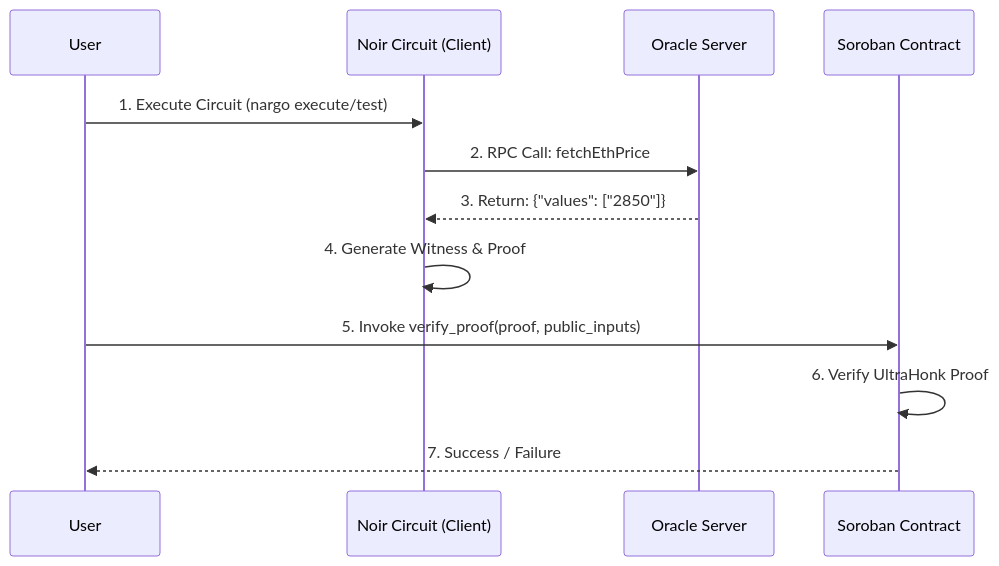
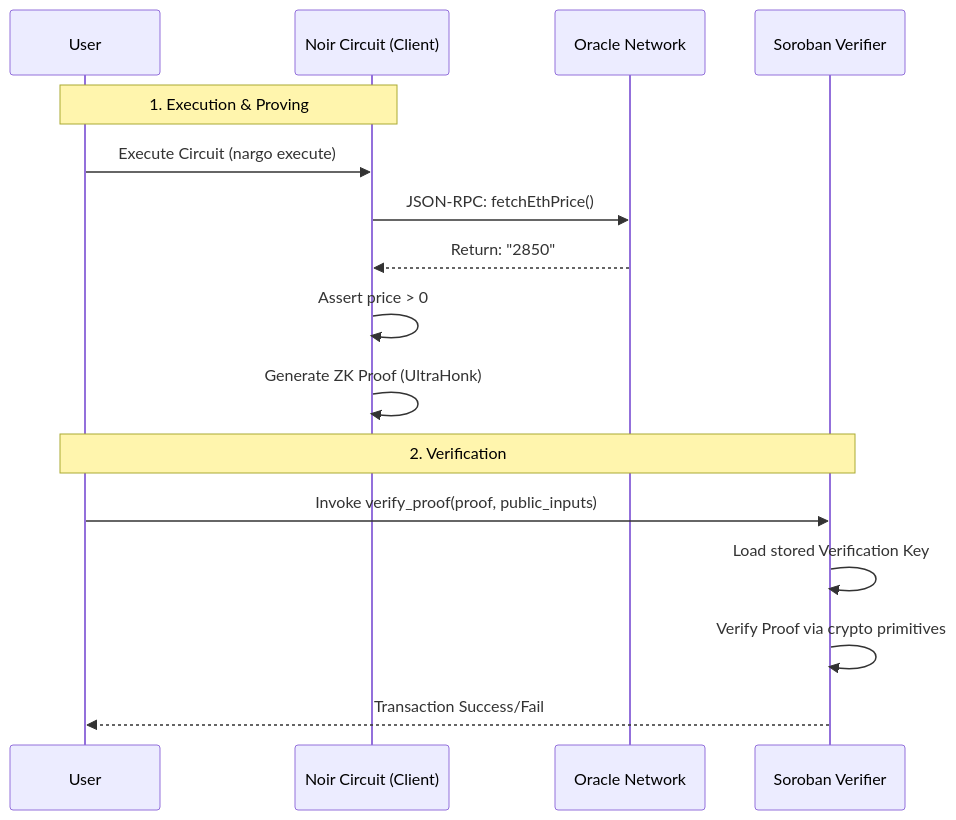
Before and after one commit to danielfsha/noir-stellar-app: the diagram in README.md, drawn with Mermaid. The commit also changed other lines of this file, not shown here.

````diff
--- a/README.md
+++ b/README.md
@@ -9,15 +9,20 @@
 ```mermaid
 sequenceDiagram
     participant User
     participant Noir as Noir Circuit (Client)
-    participant Oracle as Oracle Server
-    participant Stellar as Soroban Contract
+    participant Oracle as Oracle Network
+    participant Stellar as Soroban Verifier
 
-    User->>Noir: 1. Execute Circuit (nargo execute/test)
-    Noir->>Oracle: 2. RPC Call: fetchEthPrice
-    Oracle-->>Noir: 3. Return: {"values": ["2850"]}
-    Noir->>Noir: 4. Generate Witness & Proof
-    User->>Stellar: 5. Invoke verify_proof(proof, public_inputs)
-    Stellar->>Stellar: 6. Verify UltraHonk Proof
-    Stellar-->>User: 7. Success / Failure
+    Note over User, Noir: 1. Execution & Proving
+    User->>Noir: Execute Circuit (nargo execute)
+    Noir->>Oracle: JSON-RPC: fetchEthPrice()
+    Oracle-->>Noir: Return: "2850"
+    Noir->>Noir: Assert price > 0
+    Noir->>Noir: Generate ZK Proof (UltraHonk)
+
+    Note over User, Stellar: 2. Verification
+    User->>Stellar: Invoke verify_proof(proof, public_inputs)
+    Stellar->>Stellar: Load stored Verification Key
+    Stellar->>Stellar: Verify Proof via crypto primitives
+    Stellar-->>User: Transaction Success/Fail
 ```
````
